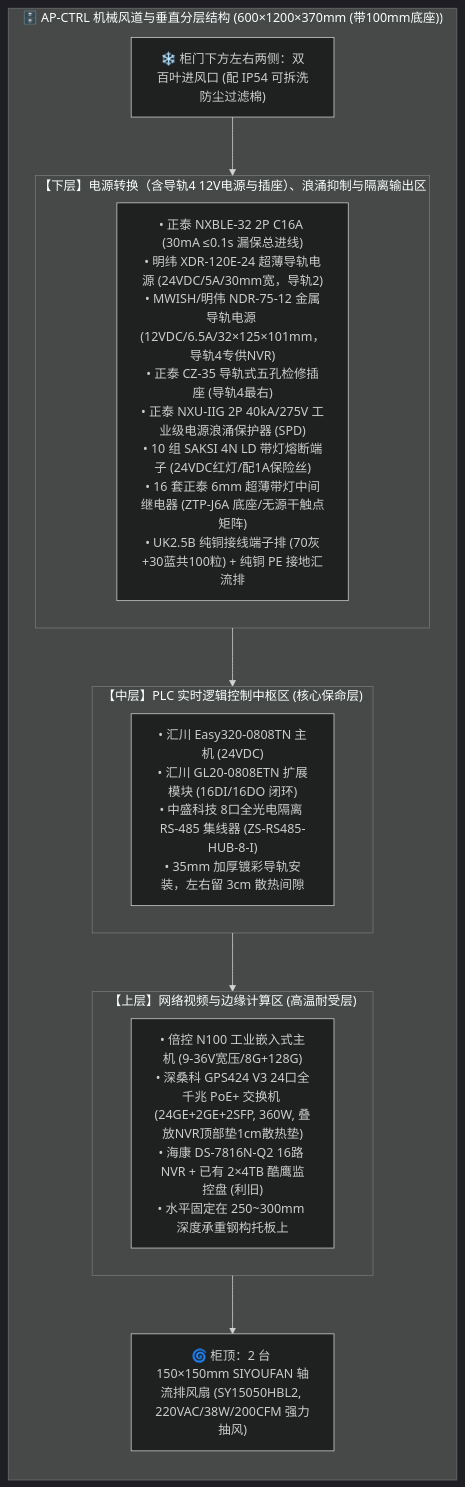
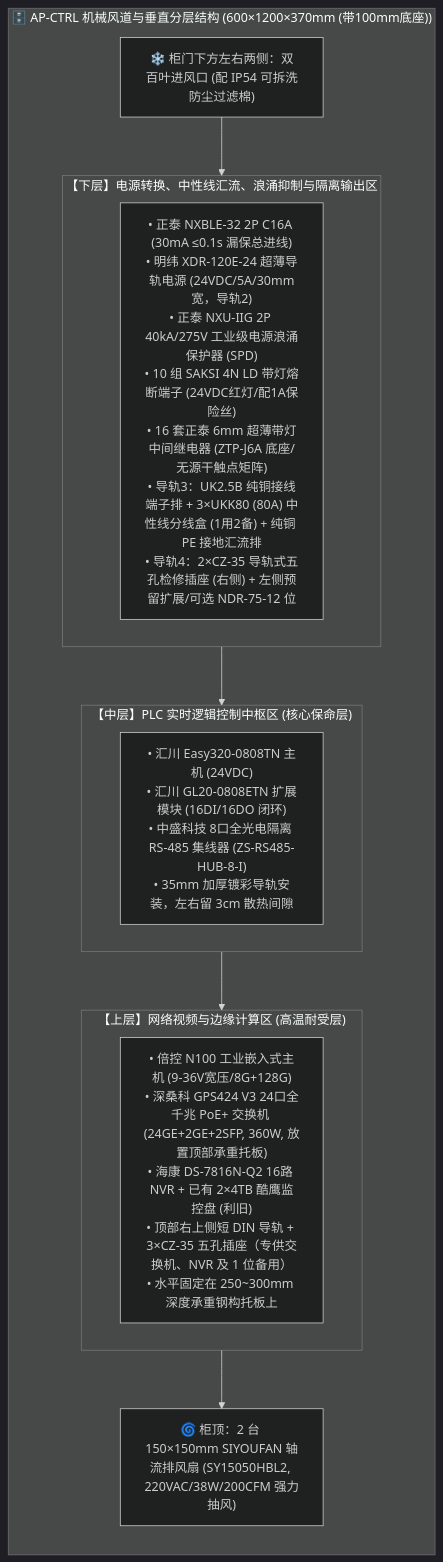
Before and after one commit to digitalboy/aquaponics: the diagram in docs/02_requirements_and_plans/03_engineering_specs/04_中央PLC智能主控制柜配盘与电气工程规范.md, drawn with Mermaid (dark theme). The commit also changed other lines of this file and 2 other files, not shown here.

````diff
--- a/docs/02_requirements_and_plans/03_engineering_specs/04_中央PLC智能主控制柜配盘与电气工程规范.md
+++ b/docs/02_requirements_and_plans/03_engineering_specs/04_中央PLC智能主控制柜配盘与电气工程规范.md
@@ -59,26 +59,26 @@
 ```mermaid
 flowchart TD
     subgraph Cabinet ["🗄️ AP-CTRL 机械风道与垂直分层结构 (600×1200×370mm (带100mm底座))"]
         direction TB
         Fans["🌀 柜顶：2 台 150×150mm SIYOUFAN 轴流排风扇 (SY15050HBL2, 220VAC/38W/200CFM 强力抽风)"]
         
         subgraph TopLayer ["【上层】网络视频与边缘计算区 (高温耐受层)"]
-            TopNet["• 倍控 N100 工业嵌入式主机 (9-36V宽压/8G+128G)<br>• 深桑科 GPS424 V3 24口全千兆 PoE+ 交换机 (24GE+2GE+2SFP, 360W, 叠放NVR顶部垫1cm散热垫)<br>• 海康 DS-7816N-Q2 16路 NVR + 已有 2×4TB 酷鹰监控盘 (利旧)<br>• 水平固定在 250~300mm 深度承重钢构托板上"]
+            TopNet["• 倍控 N100 工业嵌入式主机 (9-36V宽压/8G+128G)<br>• 深桑科 GPS424 V3 24口全千兆 PoE+ 交换机 (24GE+2GE+2SFP, 360W, 放置顶部承重托板)<br>• 海康 DS-7816N-Q2 16路 NVR + 已有 2×4TB 酷鹰监控盘 (利旧)<br>• 顶部右上侧短 DIN 导轨 + 3×CZ-35 五孔插座（专供交换机、NVR 及 1 位备用）<br>• 水平固定在 250~300mm 深度承重钢构托板上"]
         end
         
         subgraph MidLayer ["【中层】PLC 实时逻辑控制中枢区 (核心保命层)"]
             MidPLC["• 汇川 Easy320-0808TN 主机 (24VDC)<br>• 汇川 GL20-0808ETN 扩展模块 (16DI/16DO 闭环)<br>• 中盛科技 8口全光电隔离 RS-485 集线器 (ZS-RS485-HUB-8-I)<br>• 35mm 加厚镀彩导轨安装，左右留 3cm 散热间隙"]
         end
         
-        subgraph BottomLayer ["【下层】电源转换（含导轨4 12V电源与插座）、浪涌抑制与隔离输出区"]
-            BottomElec["• 正泰 NXBLE-32 2P C16A (30mA ≤0.1s 漏保总进线)<br>• 明纬 XDR-120E-24 超薄导轨电源 (24VDC/5A/30mm宽，导轨2)<br>• MWISH/明伟 NDR-75-12 金属导轨电源 (12VDC/6.5A/32×125×101mm，导轨4专供NVR)<br>• 正泰 CZ-35 导轨式五孔检修插座 (导轨4最右)<br>• 正泰 NXU-IIG 2P 40kA/275V 工业级电源浪涌保护器 (SPD)<br>• 10 组 SAKSI 4N LD 带灯熔断端子 (24VDC红灯/配1A保险丝)<br>• 16 套正泰 6mm 超薄带灯中间继电器 (ZTP-J6A 底座/无源干触点矩阵)<br>• UK2.5B 纯铜接线端子排 (70灰+30蓝共100粒) + 纯铜 PE 接地汇流排"]
+        subgraph BottomLayer ["【下层】电源转换、中性线汇流、浪涌抑制与隔离输出区"]
+            BottomElec["• 正泰 NXBLE-32 2P C16A (30mA ≤0.1s 漏保总进线)<br>• 明纬 XDR-120E-24 超薄导轨电源 (24VDC/5A/30mm宽，导轨2)<br>• 正泰 NXU-IIG 2P 40kA/275V 工业级电源浪涌保护器 (SPD)<br>• 10 组 SAKSI 4N LD 带灯熔断端子 (24VDC红灯/配1A保险丝)<br>• 16 套正泰 6mm 超薄带灯中间继电器 (ZTP-J6A 底座/无源干触点矩阵)<br>• 导轨3：UK2.5B 纯铜接线端子排 + 3×UKK80 (80A) 中性线分线盒 (1用2备) + 纯铜 PE 接地汇流排<br>• 导轨4：2×CZ-35 导轨式五孔检修插座 (右侧) + 左侧预留扩展/可选 NDR-75-12 位"]
         end
         
         Intake["❄️ 柜门下方左右两侧：双百叶进风口 (配 IP54 可拆洗防尘过滤棉)"]
         
         Intake --> BottomLayer
         BottomLayer --> MidLayer
         MidLayer --> TopLayer
         TopLayer --> Fans
     end
 ```
````
